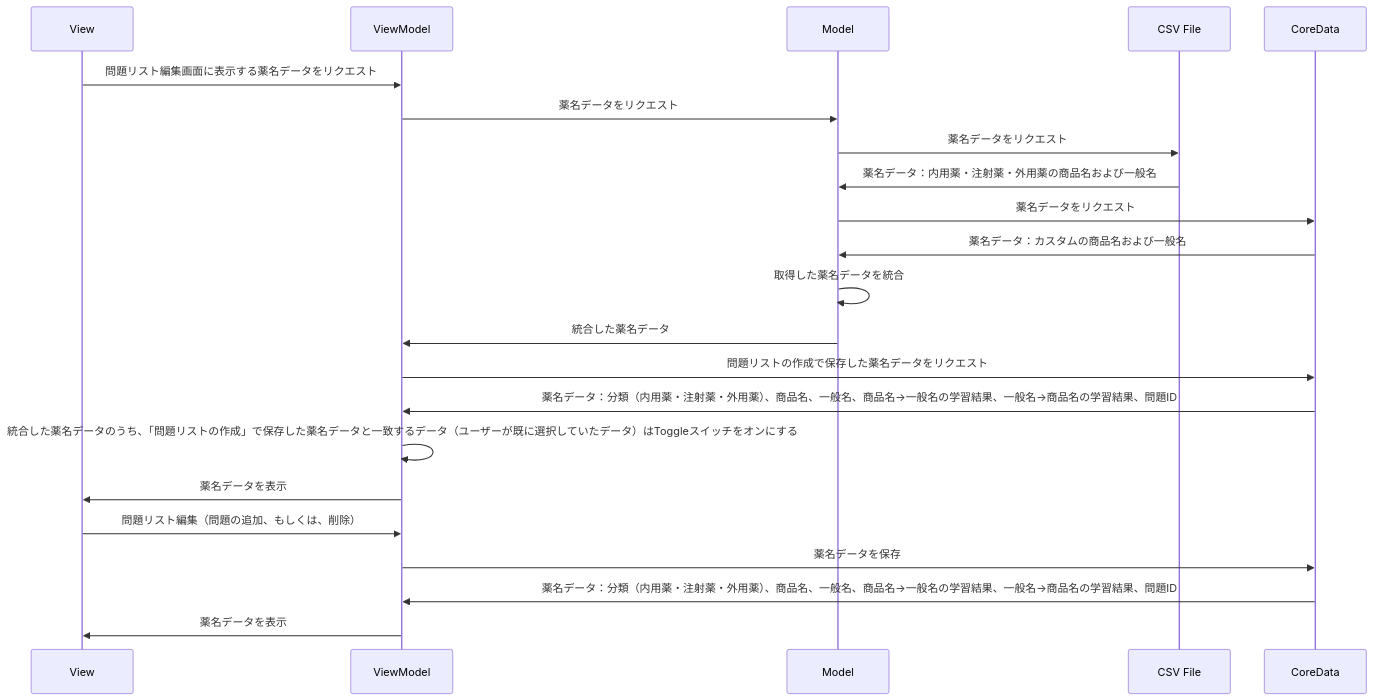
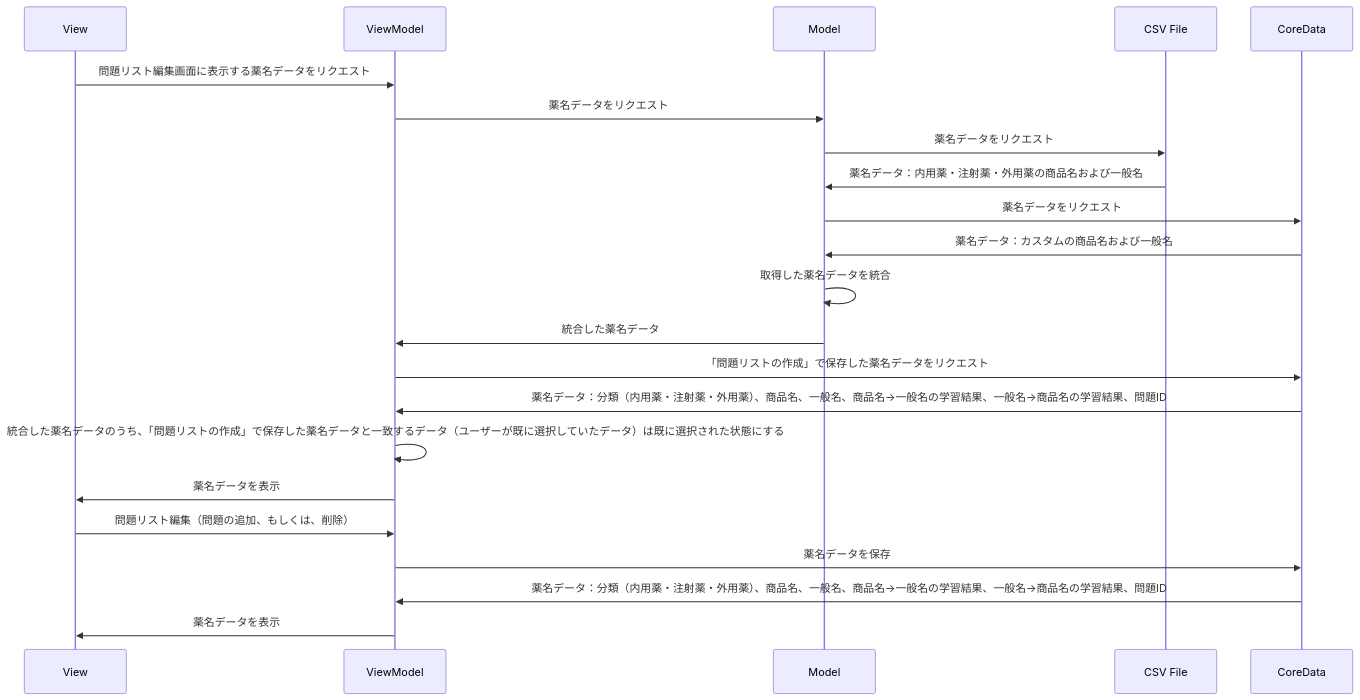
Before and after one commit to tas5521/MedicineNameQuiz: the third of 5 diagrams in README.md, drawn with Mermaid.

Commit message:
#136 シーケンス図を修正

````diff
--- a/README.md
+++ b/README.md
@@ -179,24 +179,24 @@
 ```mermaid
 sequenceDiagram
     participant View
     participant ViewModel
     participant Model
     participant CSV File
     participant CoreData
     View->>ViewModel: 問題リスト編集画面に表示する薬名データをリクエスト
     ViewModel->>Model: 薬名データをリクエスト
     Model->>CSV File: 薬名データをリクエスト
     CSV File->>Model: 薬名データ：内用薬・注射薬・外用薬の商品名および一般名
     Model->>CoreData: 薬名データをリクエスト
     CoreData->>Model: 薬名データ：カスタムの商品名および一般名
     Model->>Model: 取得した薬名データを統合
     Model->>ViewModel: 統合した薬名データ
-    ViewModel->>CoreData: 問題リストの作成で保存した薬名データをリクエスト
+    ViewModel->>CoreData: 「問題リストの作成」で保存した薬名データをリクエスト
     CoreData->>ViewModel: 薬名データ：分類（内用薬・注射薬・外用薬）、商品名、一般名、商品名→一般名の学習結果、一般名→商品名の学習結果、問題ID
-    ViewModel->>ViewModel: 統合した薬名データのうち、「問題リストの作成」で保存した薬名データと一致するデータ（ユーザーが既に選択していたデータ）はToggleスイッチをオンにする
+    ViewModel->>ViewModel: 統合した薬名データのうち、「問題リストの作成」で保存した薬名データと一致するデータ（ユーザーが既に選択していたデータ）は既に選択された状態にする
     ViewModel->>View: 薬名データを表示
     View->>ViewModel: 問題リスト編集（問題の追加、もしくは、削除）
     ViewModel->>CoreData: 薬名データを保存
     CoreData->>ViewModel: 薬名データ：分類（内用薬・注射薬・外用薬）、商品名、一般名、商品名→一般名の学習結果、一般名→商品名の学習結果、問題ID
     ViewModel->>View: 薬名データを表示
 ```
````
